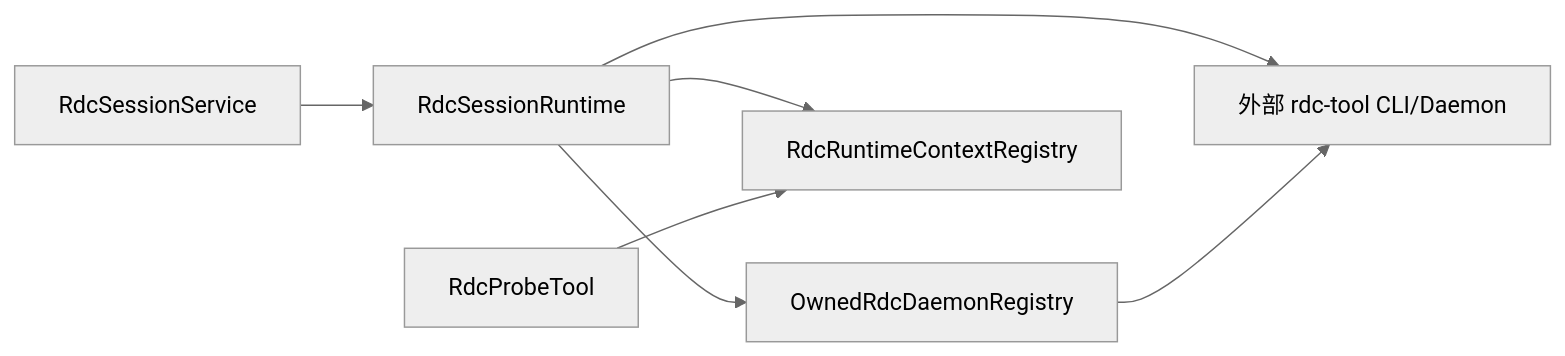
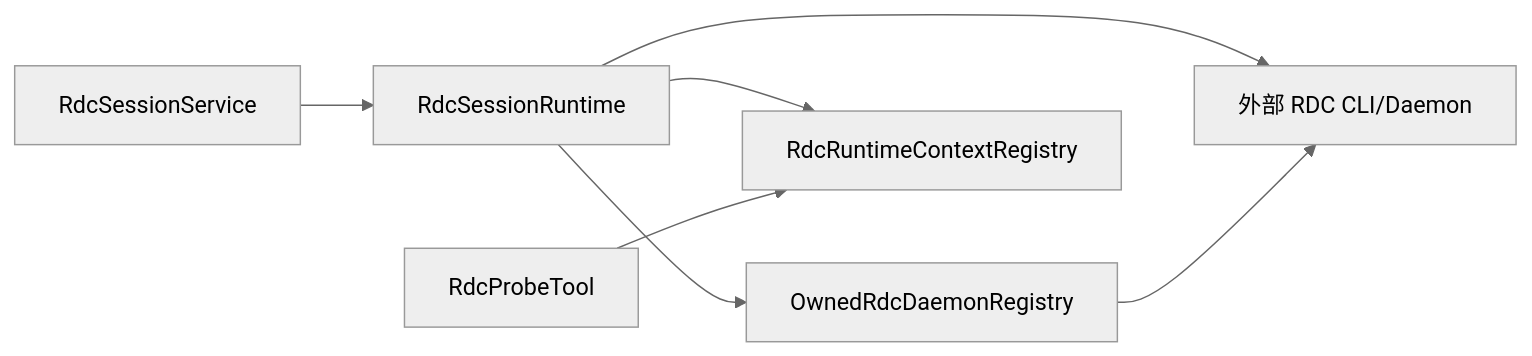
The seventh of 7 diagrams in .qoder/repowiki/zh/content/核心模块/会话管理系统/RDX 守护进程所有权注册表.md (haolange/RDC-Agent), drawn with Mermaid (neutral theme) before and after one commit. The commit also changed other lines of this file and 150 other files, not shown here.

````diff
--- a/.qoder/repowiki/zh/content/核心模块/会话管理系统/RDX 守护进程所有权注册表.md
+++ b/.qoder/repowiki/zh/content/核心模块/会话管理系统/RDX 守护进程所有权注册表.md
@@ -302,9 +305,9 @@
 ```mermaid
 graph LR
 Svc["RdcSessionService"] --> RT["RdcSessionRuntime"]
 RT --> Reg["OwnedRdcDaemonRegistry"]
 RT --> Lease["RdcRuntimeContextRegistry"]
 Probe["RdcProbeTool"] --> Lease
-RT --> CLI["外部 rdc-tool CLI/Daemon"]
+RT --> CLI["外部 RDC CLI/Daemon"]
 Reg --> CLI
 ```
````
